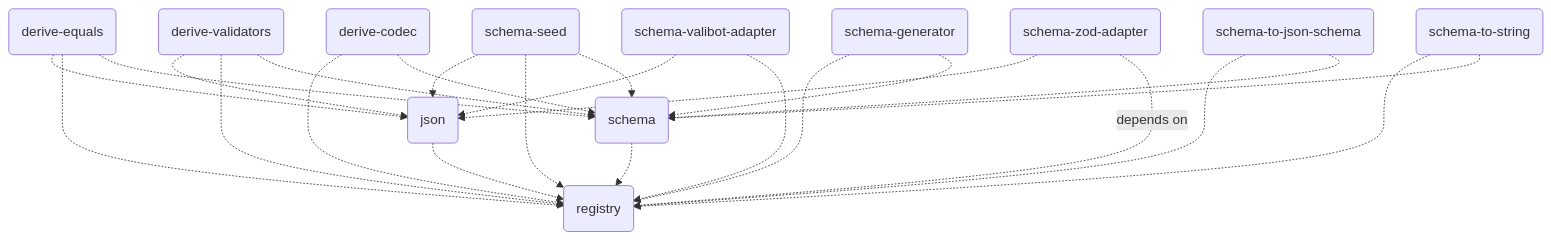
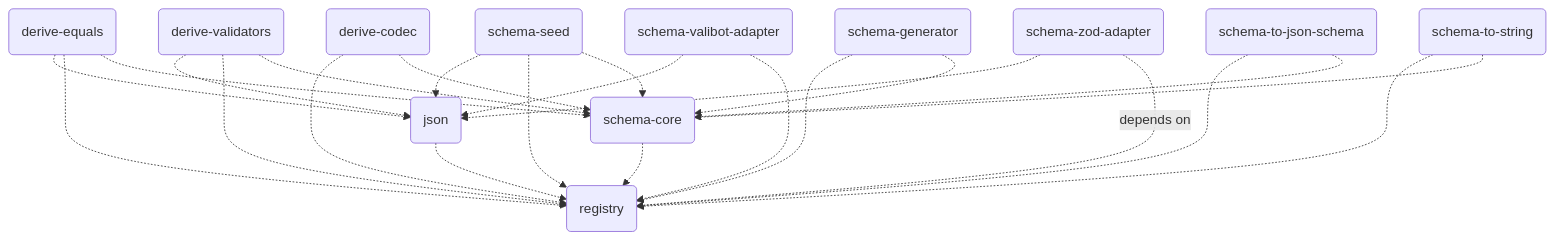
The diagram in README.md (traversable/schema), drawn with Mermaid before and after one commit. The commit also changed other lines of this file and 274 other files, not shown here.

Commit message:
init(schema-core): breaks `@traversable/schema` into separate `@traversable/core` package

````diff
--- a/README.md
+++ b/README.md
@@ -383,27 +382,27 @@
 ```mermaid
 flowchart TD
     registry(registry)
     json(json) -.-> registry(registry)
-    schema(schema) -.-> registry(registry)
+    schema-core(schema-core) -.-> registry(registry)
     derive-codec(derive-codec) -.-> registry(registry)
-    derive-codec(derive-codec) -.-> schema(schema)
+    derive-codec(derive-codec) -.-> schema-core(schema-core)
     derive-equals(derive-equals) -.-> json(json)
     derive-equals(derive-equals) -.-> registry(registry)
-    derive-equals(derive-equals) -.-> schema(schema)
+    derive-equals(derive-equals) -.-> schema-core(schema-core)
     derive-validators(derive-validators) -.-> json(json)
     derive-validators(derive-validators) -.-> registry(registry)
-    derive-validators(derive-validators) -.-> schema(schema)
+    derive-validators(derive-validators) -.-> schema-core(schema-core)
     schema-generator(schema-generator) -.-> registry(registry)
-    schema-generator(schema-generator) -.-> schema(schema)
+    schema-generator(schema-generator) -.-> schema-core(schema-core)
     schema-seed(schema-seed) -.-> json(json)
     schema-seed(schema-seed) -.-> registry(registry)
-    schema-seed(schema-seed) -.-> schema(schema)
+    schema-seed(schema-seed) -.-> schema-core(schema-core)
     schema-to-json-schema(schema-to-json-schema) -.-> registry(registry)
-    schema-to-json-schema(schema-to-json-schema) -.-> schema(schema)
+    schema-to-json-schema(schema-to-json-schema) -.-> schema-core(schema-core)
     schema-to-string(schema-to-string) -.-> registry(registry)
-    schema-to-string(schema-to-string) -.-> schema(schema)
+    schema-to-string(schema-to-string) -.-> schema-core(schema-core)
     schema-valibot-adapter(schema-valibot-adapter) -.-> json(json)
     schema-valibot-adapter(schema-valibot-adapter) -.-> registry(registry)
     schema-zod-adapter(schema-zod-adapter) -.-> json(json)
     schema-zod-adapter(schema-zod-adapter) -.depends on.-> registry(registry)
 ```
````
